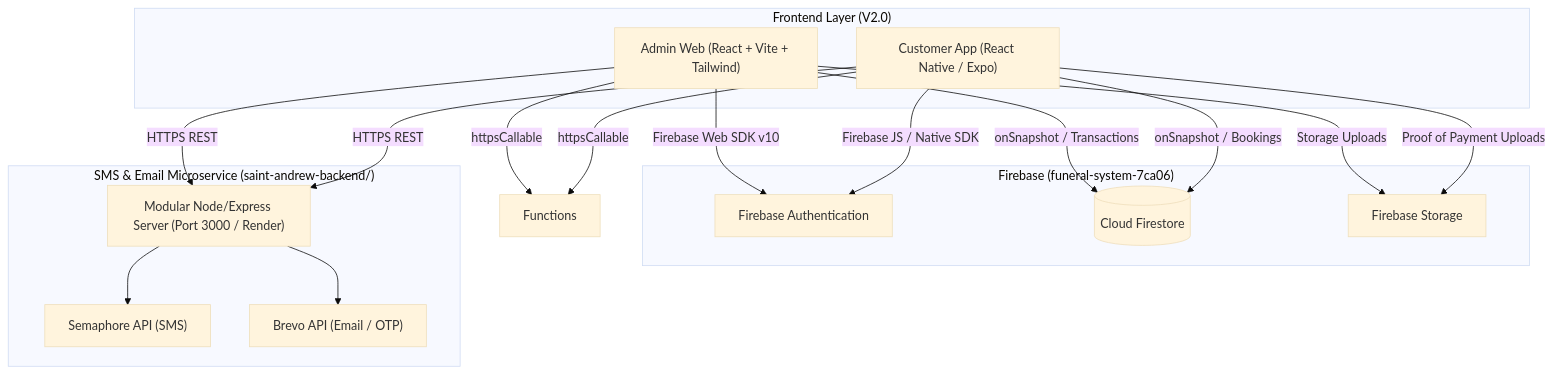
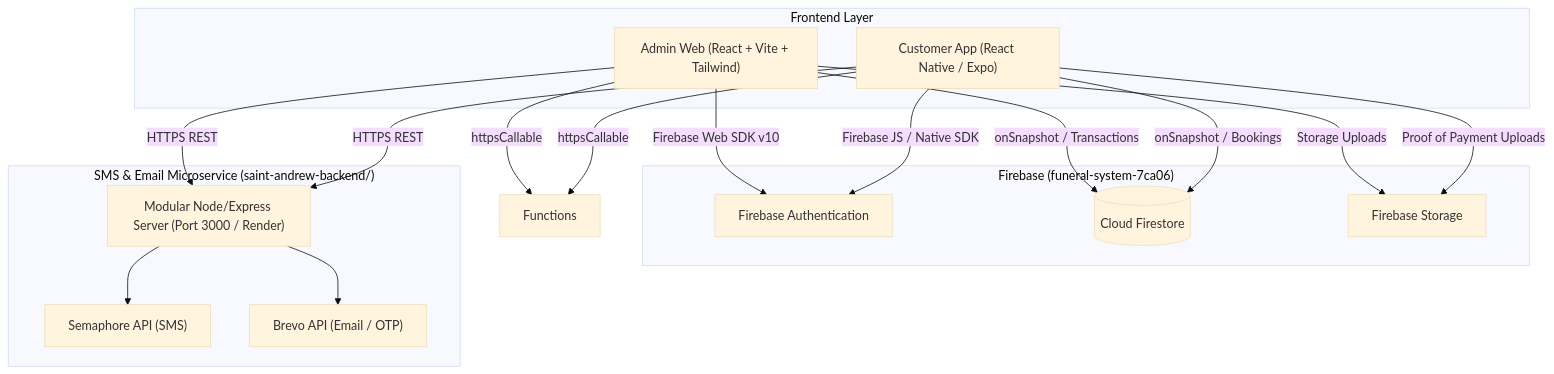
Before and after one commit to jomadlcrz/saint-andrew-backend: the diagram in docs/funeral-system-complete-reference.md, drawn with Mermaid (base theme). The commit also changed other lines of this file and 2 other files, not shown here.

````diff
--- a/docs/funeral-system-complete-reference.md
+++ b/docs/funeral-system-complete-reference.md
@@ -15,34 +15,34 @@
 ```mermaid
 flowchart TD
-    subgraph Clients["Frontend Layer (V2.0)"]
+    subgraph Clients["Frontend Layer"]
         AdminWeb["Admin Web (React + Vite + Tailwind)"]
         UserApp["Customer App (React Native / Expo)"]
     end
 
     subgraph FirebaseBackend["Firebase (funeral-system-7ca06)"]
         Auth["Firebase Authentication"]
         Firestore[("Cloud Firestore")]
         Storage["Firebase Storage"]
     end
 
     subgraph ExpressBackend["SMS & Email Microservice (saint-andrew-backend/)"]
         RenderNode["Modular Node/Express Server (Port 3000 / Render)"]
         Semaphore["Semaphore API (SMS)"]
         Brevo["Brevo API (Email / OTP)"]
     end
 
     AdminWeb -->|Firebase Web SDK v10| Auth
     AdminWeb -->|onSnapshot / Transactions| Firestore
     AdminWeb -->|Storage Uploads| Storage
     AdminWeb -->|HTTPS REST| RenderNode
     AdminWeb -->|httpsCallable| Functions
 
     UserApp -->|Firebase JS / Native SDK| Auth
     UserApp -->|onSnapshot / Bookings| Firestore
     UserApp -->|Proof of Payment Uploads| Storage
     UserApp -->|HTTPS REST| RenderNode
     UserApp -->|httpsCallable| Functions
 
     RenderNode --> Semaphore
     RenderNode --> Brevo
 ```
````
